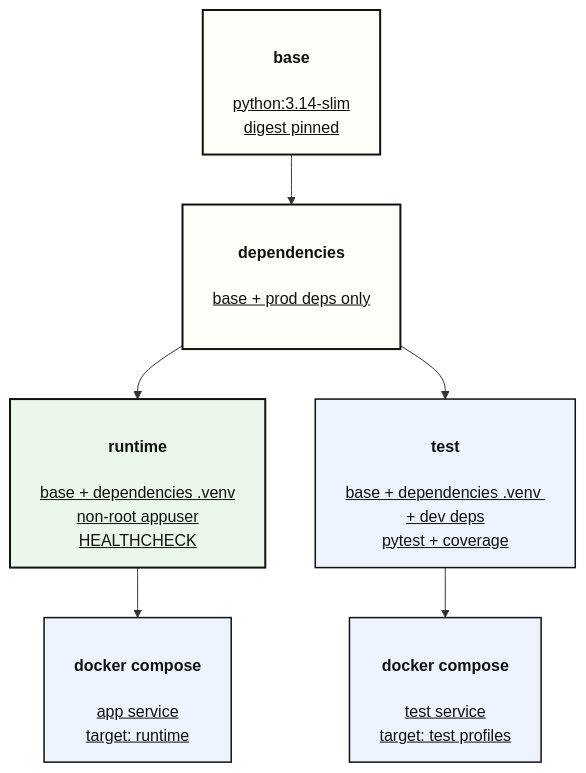
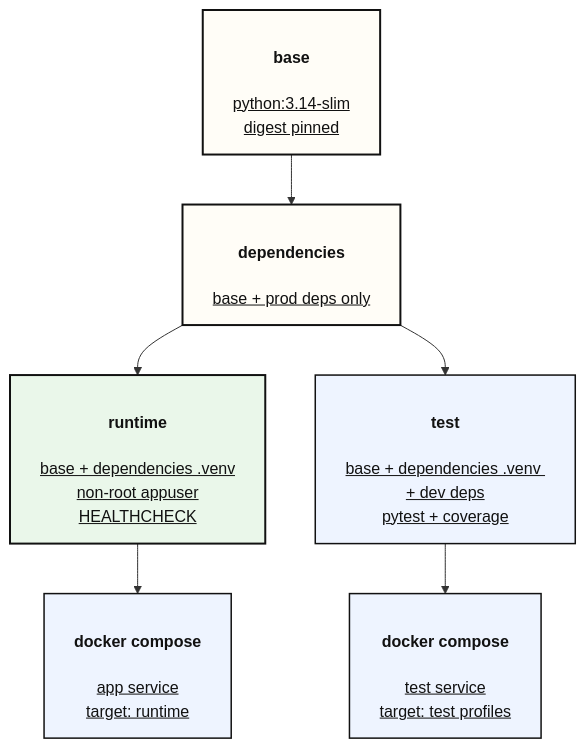
The fourth of 4 diagrams in README.md (yaoki-dev/api-test-devops-portfolio), drawn with Mermaid before and after one commit. The commit also changed other lines of this file, not shown here.

First line of the commit message:
docs(readme): mermaid図ノードの余剰改行を削除し幅を調整

````diff
--- a/README.md
+++ b/README.md
@@ -155,24 +153,23 @@
 ```mermaid
 flowchart TD
     B["<h4>base</h4><u>python:3.14-slim<br/>digest pinned</u>"]
 
-    B --> D["<h4>dependencies</h4><u>base + prod deps only</u>
-    <br/>"]
+    B --> D["<h4>dependencies</h4><u>base + prod deps only</u>"]
 
     D --> R["<h4>runtime</h4><u>base + dependencies .venv<br/>non-root appuser<br/>HEALTHCHECK</u>"]
 
     D --> T["<h4>test</h4><u>base + dependencies .venv + dev deps<br/>pytest + coverage</u>"]
 
     R --> C1["<h4>docker compose</h4><u>app service<br/>target: runtime</u>"]
 
     T --> C2["<h4>docker compose</h4><u>test service<br/>target: test profiles</u>"]
 
     classDef default fill:#F7F3EA,stroke:#111,stroke-width:1.5px,color:#111;
     classDef key fill:#FFFDF7,stroke:#111,stroke-width:2px,color:#111;
     classDef runtime fill:#EAF7EA,stroke:#111,stroke-width:2px,color:#111;
     classDef support fill:#EEF4FF,stroke:#111,stroke-width:1.5px,color:#111;
 
     class B,D key;
     class R runtime;
     class T,C1,C2 support;
 ```
````
